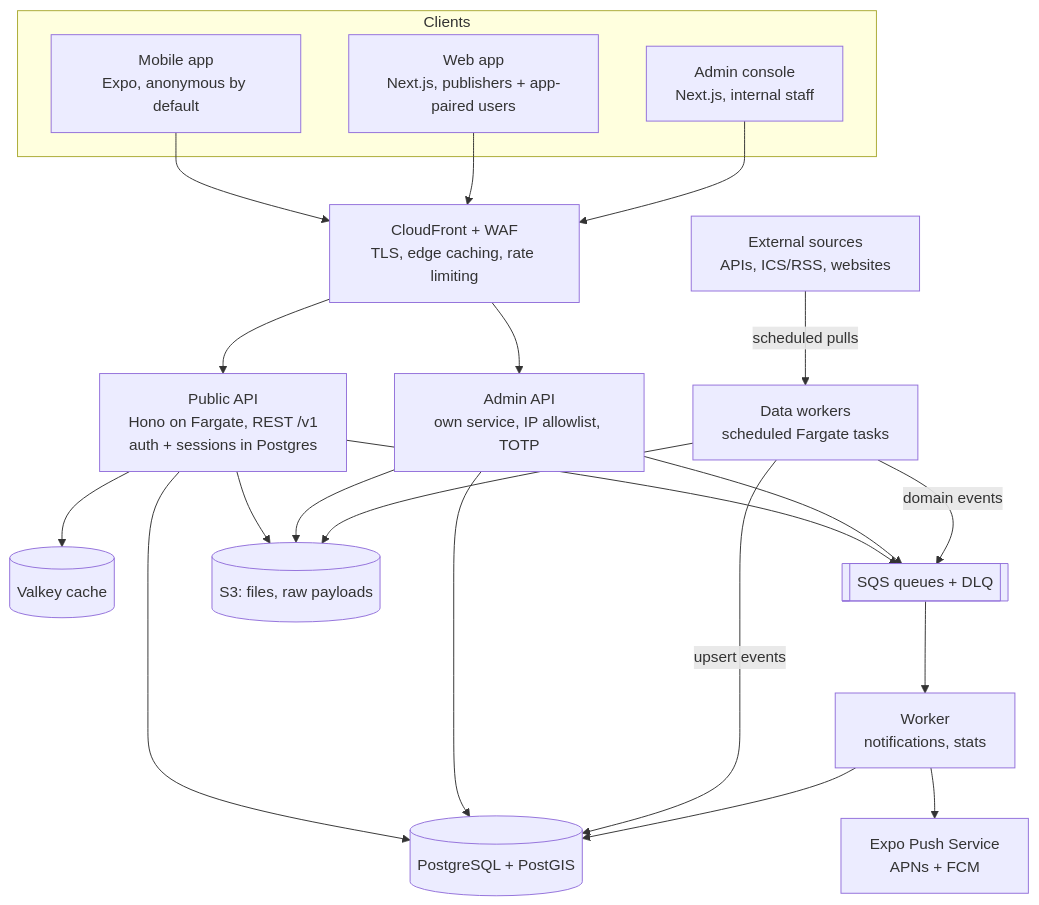
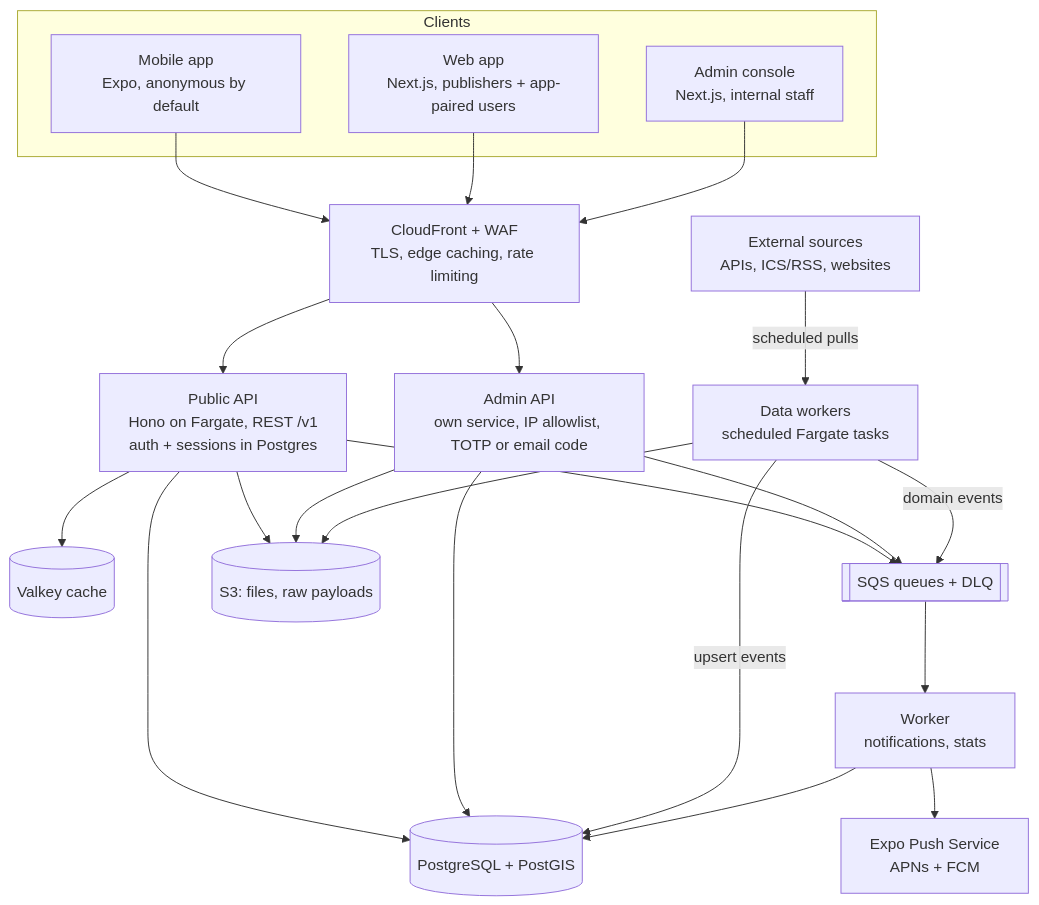
The diagram in docs/project-description.md (BradleySmallbottoms/evently), drawn with Mermaid before and after one commit. The commit also changed other lines of this file and 62 other files, not shown here.

````diff
--- a/docs/project-description.md
+++ b/docs/project-description.md
@@ -110,28 +115,28 @@
 ```mermaid
 flowchart TB
   subgraph Clients
     M[Mobile app<br/>Expo, anonymous by default]
     W[Web app<br/>Next.js, publishers + app-paired users]
     A[Admin console<br/>Next.js, internal staff]
   end
   CF[CloudFront + WAF<br/>TLS, edge caching, rate limiting]
   M --> CF
   W --> CF
   A --> CF
   CF --> PAPI[Public API<br/>Hono on Fargate, REST /v1<br/>auth + sessions in Postgres]
-  CF --> AAPI[Admin API<br/>own service, IP allowlist, TOTP]
+  CF --> AAPI[Admin API<br/>own service, IP allowlist, TOTP or email code]
   PAPI --> PG[(PostgreSQL + PostGIS)]
   PAPI --> VK[(Valkey cache)]
   PAPI --> SQS[[SQS queues + DLQ]]
   PAPI --> S3[(S3: files, raw payloads)]
   AAPI --> PG
   AAPI --> SQS
   AAPI --> S3
   SRC[External sources<br/>APIs, ICS/RSS, websites] -->|scheduled pulls| DW[Data workers<br/>scheduled Fargate tasks]
   DW -->|upsert events| PG
   DW -->|domain events| SQS
   DW --> S3
   SQS --> WK[Worker<br/>notifications, stats]
   WK --> PG
   WK --> EXPO[Expo Push Service<br/>APNs + FCM]
 ```
````
